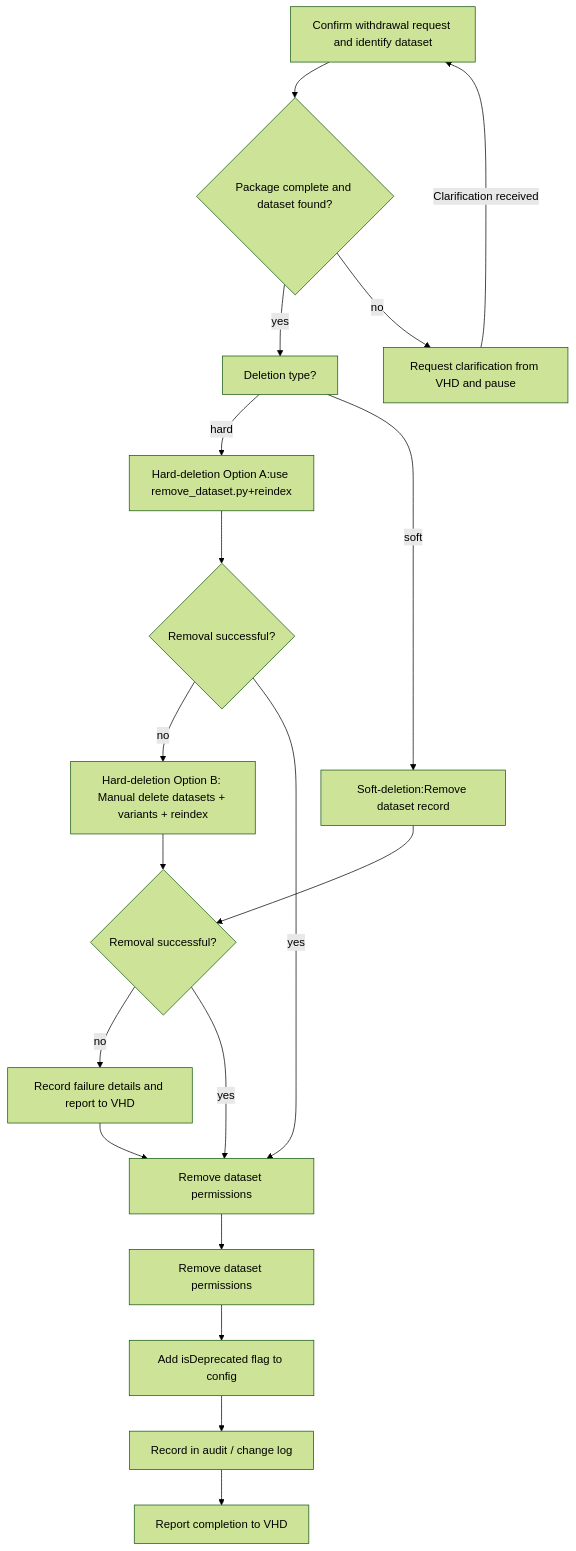
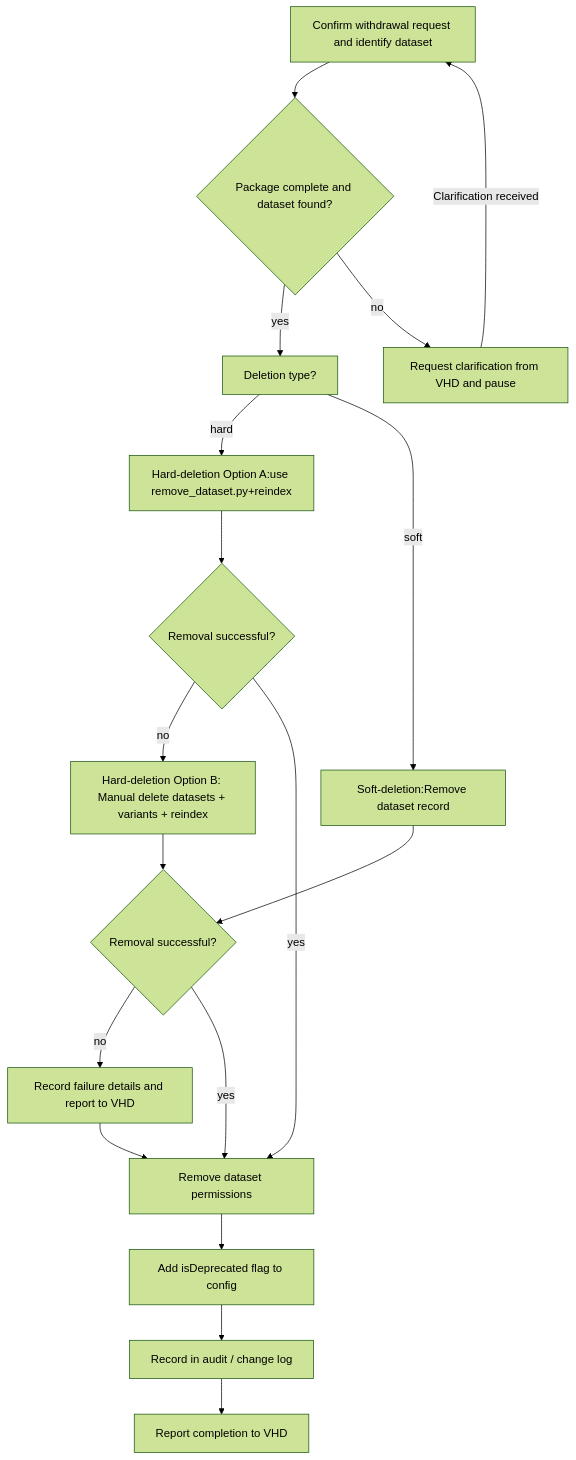
Before and after one commit to GenomicDataInfrastructure/standard-operating-procedures: the diagram in sops/node-specific/GDI-SOP0012_withdraw-dataset-from-node-allele-frequency-beacon.md, drawn with Mermaid (forest theme). The commit also changed other lines of this file, not shown here.

Commit message:
addressed flowchart and added auditing at removing datasets permissions

````diff
--- a/sops/node-specific/GDI-SOP0012_withdraw-dataset-from-node-allele-frequency-beacon.md
+++ b/sops/node-specific/GDI-SOP0012_withdraw-dataset-from-node-allele-frequency-beacon.md
@@ -90,21 +90,20 @@
 ```mermaid
 flowchart TD;
     A["Confirm withdrawal request and identify dataset"] --> B{"Package complete and dataset found?"}
     D["Request clarification from VHD and pause"] -- Clarification received --> A
     B -- yes --> C["Deletion type?"]
     B -- no --> D
     C -- hard --> E["Hard-deletion Option A:use remove_dataset.py+reindex"]
     C -- soft --> F["Soft-deletion:Remove dataset record"]
     E --> G{"Removal successful?"}
     G -- no --> H["Hard-deletion Option B: Manual delete datasets + variants + reindex"]
     G -- yes --> K["Remove dataset permissions"]
     F --> I{"Removal successful?"}
     H --> I
     I -- no --> J["Record failure details and report to VHD"]
     I -- yes --> K
     J --> K
-    K --> L["Remove dataset permissions"]
-    L --> M["Add isDeprecated flag to config"]
-    M --> N["Record in audit / change log"]
-    N --> O["Report completion to VHD"]
+    K --> L["Add isDeprecated flag to config"]
+    L --> M["Record in audit / change log"]
+    M --> N["Report completion to VHD"]
 ```
````
